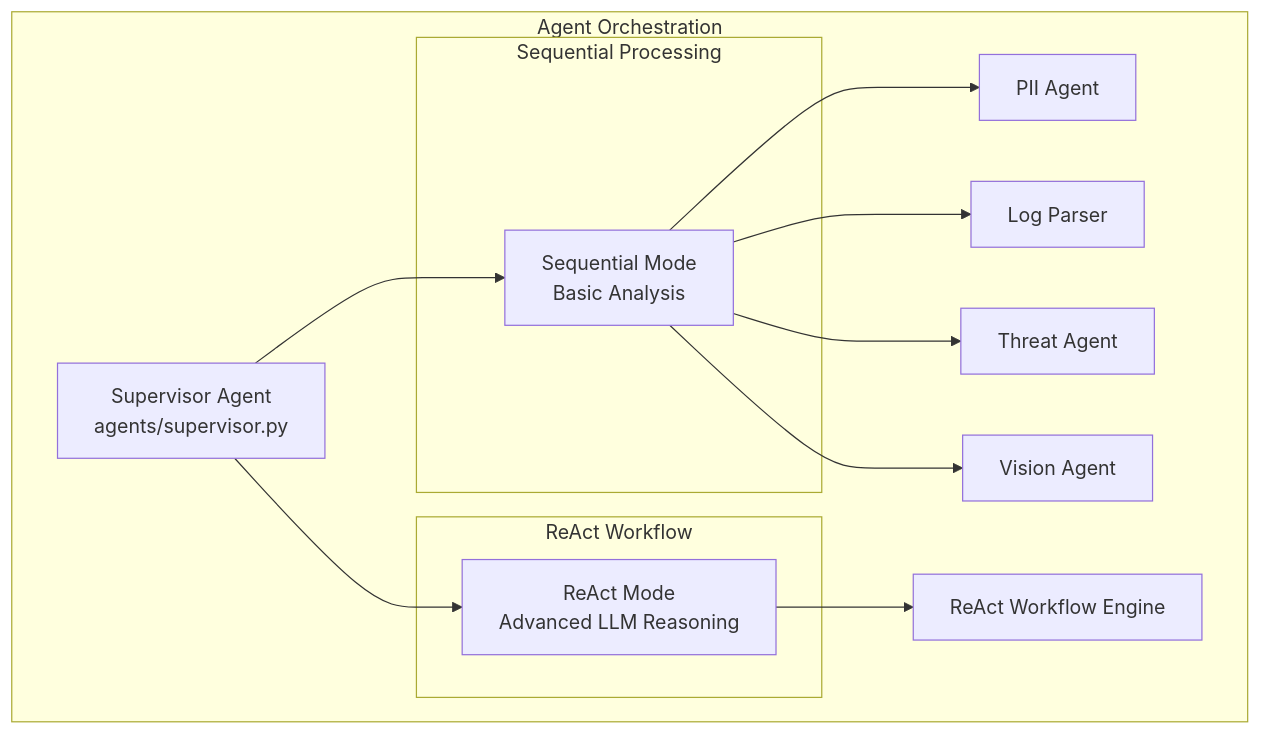
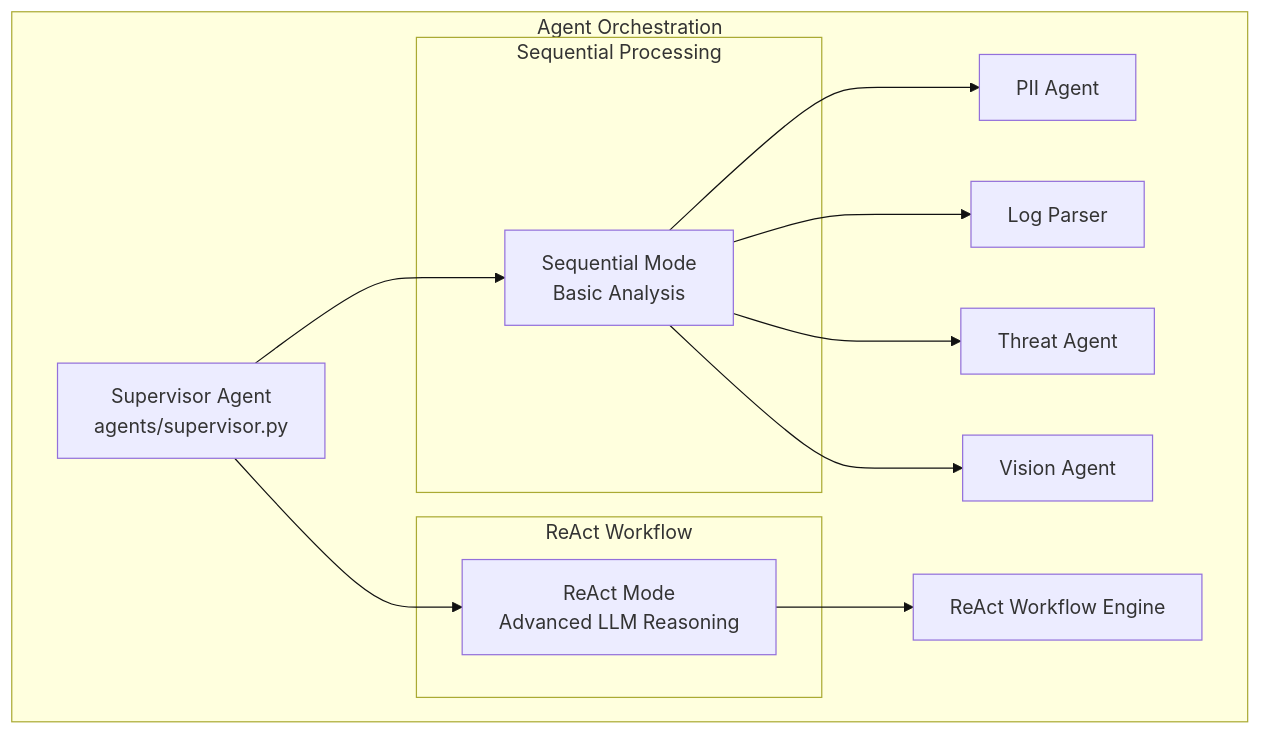
Before and after one commit to chintamanil/cybershield: the third of 10 diagrams in docs/architecture.md, drawn with Mermaid. The commit also changed other lines of this file and 5 other files, not shown here.

````diff
--- a/docs/architecture.md
+++ b/docs/architecture.md
@@ -220,24 +247,27 @@
 ```mermaid
 graph TD
     subgraph "Agent Orchestration"
         SUPER[Supervisor Agent<br/>agents/supervisor.py]
-        
+
         subgraph "Sequential Processing"
             SEQ[Sequential Mode<br/>Basic Analysis]
         end
-        
+
         subgraph "ReAct Workflow"
             REACT[ReAct Mode<br/>Advanced LLM Reasoning]
         end
-        
+
         SUPER --> SEQ
         SUPER --> REACT
-        
+
         SEQ --> PII[PII Agent]
         SEQ --> LOG[Log Parser]
         SEQ --> THREAT[Threat Agent]
         SEQ --> VISION[Vision Agent]
-        
+
         REACT --> WORKFLOW[ReAct Workflow Engine]
     end
+
+     %% Darker Arrow Styling
+    linkStyle default stroke:#111,stroke-width:1px
 ```
````
